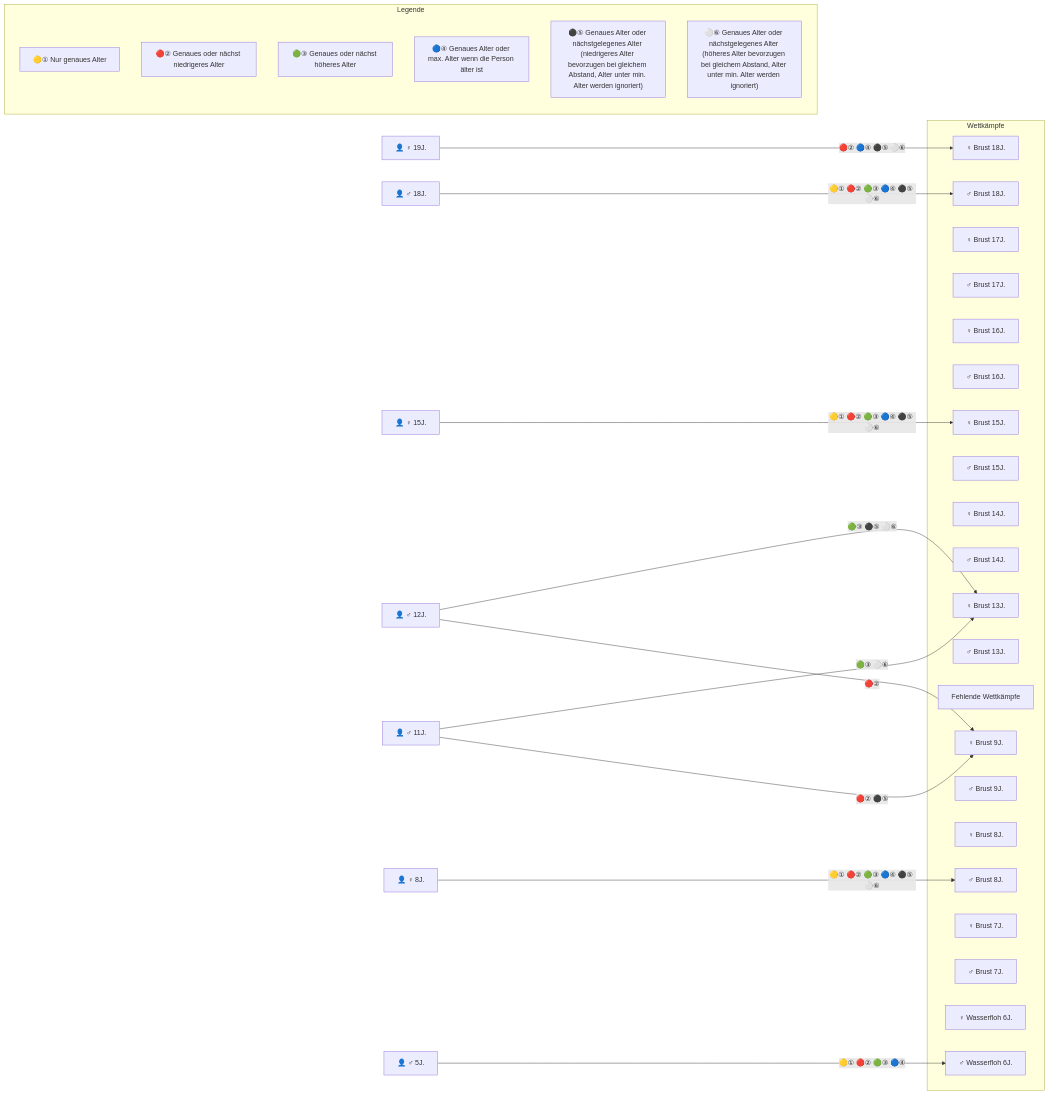
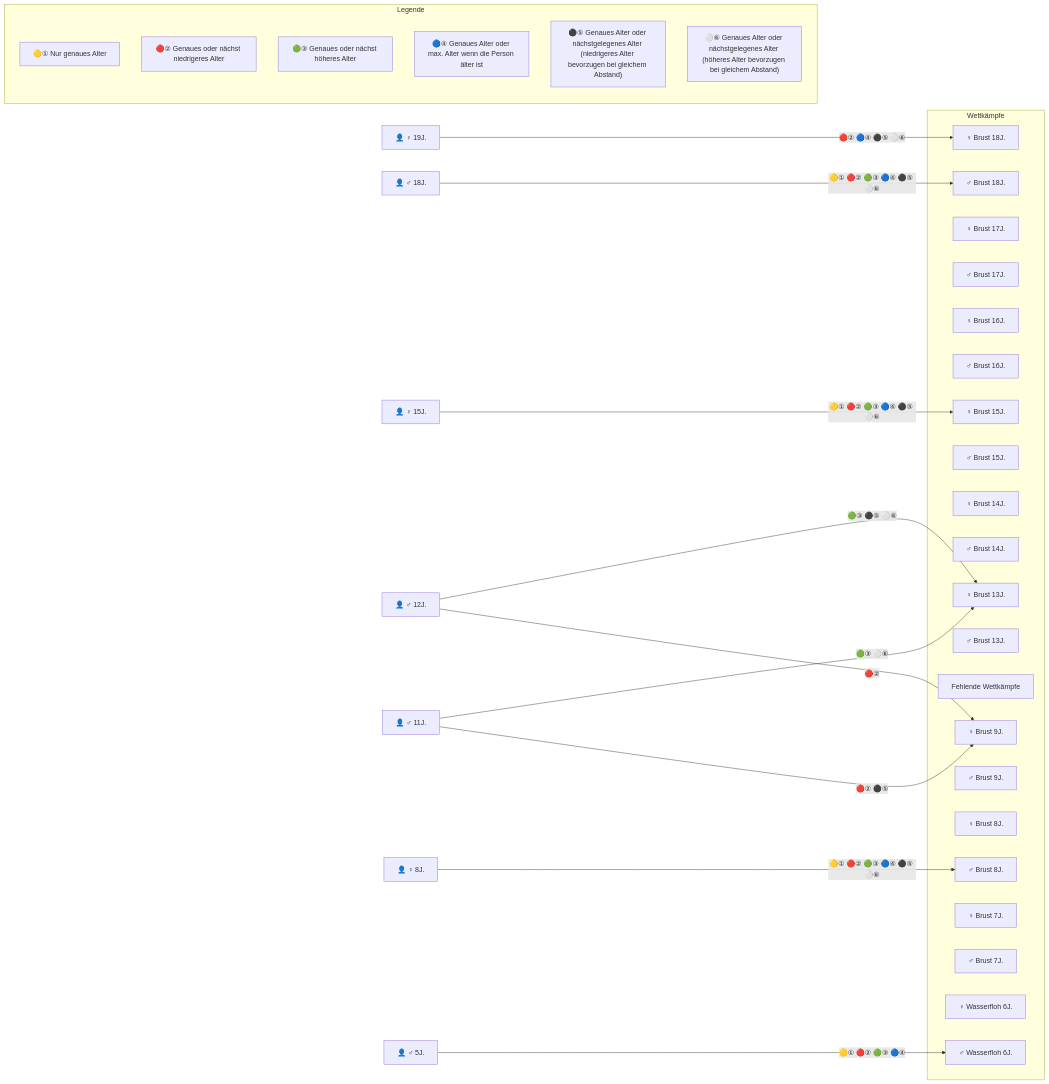
One commit to M1S2/Vereinsmeisterschaften changed the diagram in README.md. Above: the diagram before and after it, drawn with Mermaid. The commit also changed 6 other files, not shown here.

````diff
--- a/README.md
+++ b/README.md
@@ -111,54 +111,54 @@
 ```mermaid
 flowchart LR
     subgraph Wettkämpfe
         C18f["♀ Brust 18J."]
         C18m["♂ Brust 18J."]
         C17f["♀ Brust 17J."]
         C17m["♂ Brust 17J."]
         C16f["♀ Brust 16J."]
         C16m["♂ Brust 16J."]
         C15f["♀ Brust 15J."]
         C15m["♂ Brust 15J."]
         C14f["♀ Brust 14J."]
         C14m["♂ Brust 14J."]
         C13f["♀ Brust 13J."]
         C13m["♂ Brust 13J."]
         Gap["Fehlende Wettkämpfe"]
         C9f["♀ Brust 9J."]
         C9m["♂ Brust 9J."]
         C8f["♀ Brust 8J."]
         C8m["♂ Brust 8J."]
         C7f["♀ Brust 7J."]
         C7m["♂ Brust 7J."]
         C6f["♀ Wasserfloh 6J."]
         C6m["♂ Wasserfloh 6J."]
     end
 
     subgraph Legende
         direction TB
         L1["🟡① Nur genaues Alter"]
         L2["🔴② Genaues oder nächst niedrigeres Alter"]
         L3["🟢③ Genaues oder nächst höheres Alter"]
         L4["🔵④ Genaues Alter oder max. Alter wenn die Person älter ist"]
-        L5["⚫⑤ Genaues Alter oder nächstgelegenes Alter (niedrigeres Alter bevorzugen bei gleichem Abstand, Alter unter min. Alter werden ignoriert)"]
-        L6["⚪⑥ Genaues Alter oder nächstgelegenes Alter (höheres Alter bevorzugen bei gleichem Abstand, Alter unter min. Alter werden ignoriert)"]
+        L5["⚫⑤ Genaues Alter oder nächstgelegenes Alter (niedrigeres Alter bevorzugen bei gleichem Abstand)"]
+        L6["⚪⑥ Genaues Alter oder nächstgelegenes Alter (höheres Alter bevorzugen bei gleichem Abstand)"]
     end
 
     P19f["👤 ♀ 19J."]
     P18m["👤 ♂ 18J."]
     P15f["👤 ♀ 15J."]
     P12m["👤 ♂ 12J."]
     P11m["👤 ♂ 11J."]
     P8f["👤 ♀ 8J."]
     P5m["👤 ♂ 5J."]
     
     P19f -- "🔴② 🔵④ ⚫⑤ ⚪⑥" --> C18f
     P18m -- "🟡① 🔴② 🟢③ 🔵④ ⚫⑤ ⚪⑥" --> C18m
     P15f -- "🟡① 🔴② 🟢③ 🔵④ ⚫⑤ ⚪⑥" --> C15f
     P12m -- "🟢③ ⚫⑤ ⚪⑥" --> C13f
     P12m -- "🔴②" --> C9f    
     P11m -- "🟢③ ⚪⑥" --> C13f
     P11m -- "🔴② ⚫⑤" --> C9f
     P8f  -- "🟡① 🔴② 🟢③ 🔵④ ⚫⑤ ⚪⑥" --> C8m
     P5m  -- "🟡① 🔴② 🟢③ 🔵④" --> C6m
 ```
````
